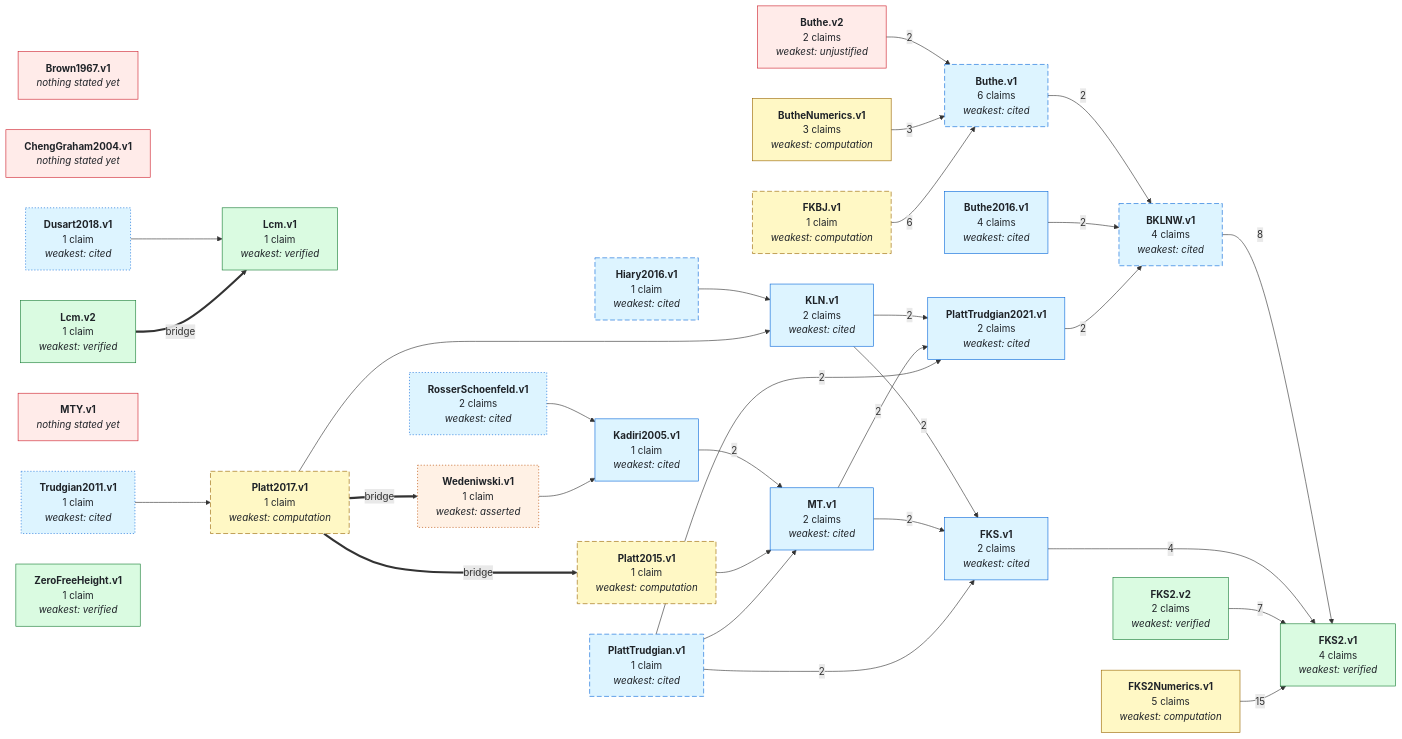
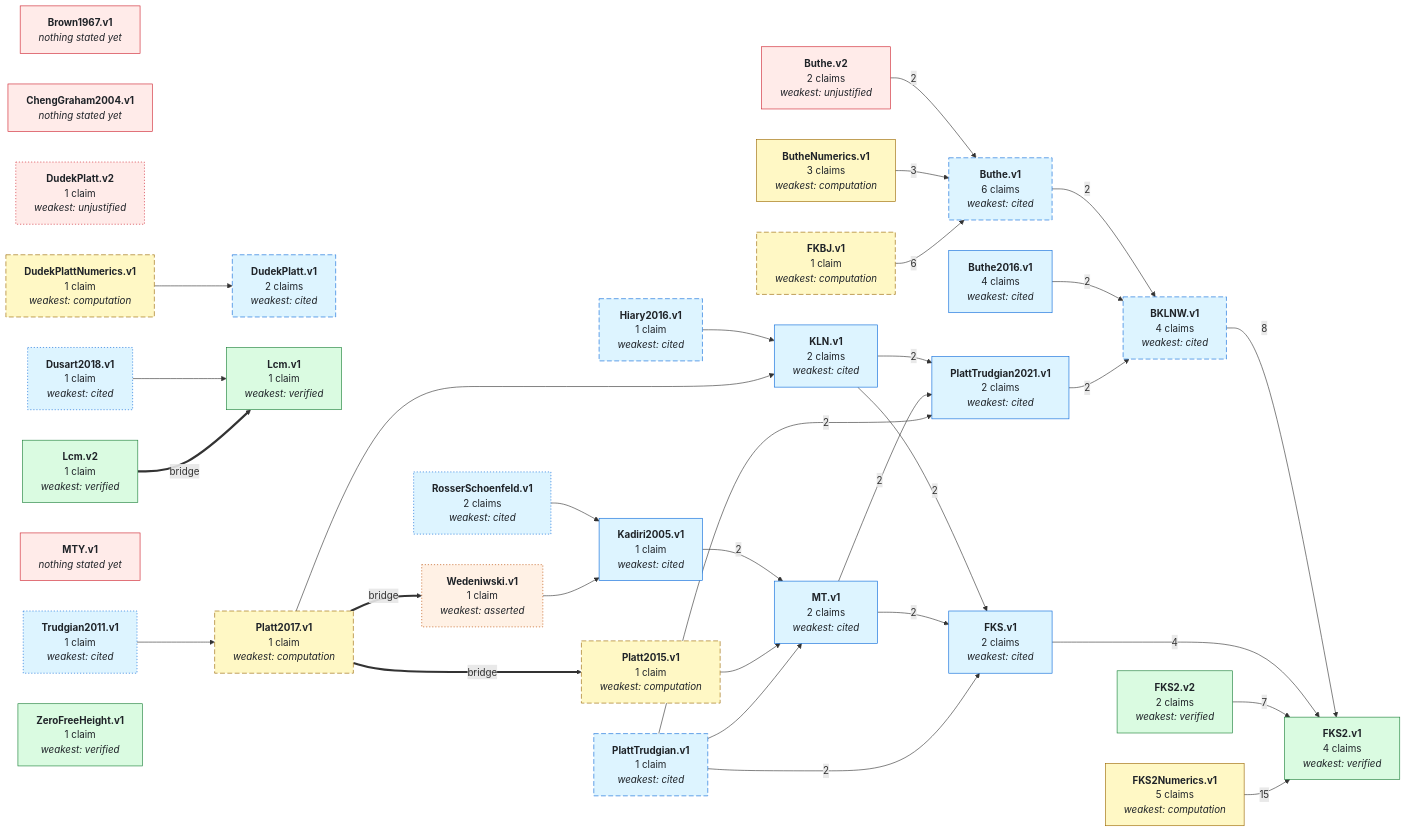
One commit to teorth/IEANTN changed the first of 2 diagrams in GRAPH.md. Above: the diagram before and after it, drawn with Mermaid. The commit also changed other lines of this file and 16 other files, not shown here.

First line of the commit message:
Dudek-Platt: three nodes for Ramanujan's inequality, with the numerics split out

```diff
--- a/GRAPH.md
+++ b/GRAPH.md
@@ -59,6 +59,9 @@
   NButhe2016_v1["<b>Buthe2016.v1</b><br/>4 claims<br/><i>weakest: cited</i>"]
   NButheNumerics_v1["<b>ButheNumerics.v1</b><br/>3 claims<br/><i>weakest: computation</i>"]
   NChengGraham2004_v1["<b>ChengGraham2004.v1</b><br/><i>nothing stated yet</i>"]
+  NDudekPlatt_v1["<b>DudekPlatt.v1</b><br/>2 claims<br/><i>weakest: cited</i>"]
+  NDudekPlatt_v2["<b>DudekPlatt.v2</b><br/>1 claim<br/><i>weakest: unjustified</i>"]
+  NDudekPlattNumerics_v1["<b>DudekPlattNumerics.v1</b><br/>1 claim<br/><i>weakest: computation</i>"]
   NDusart2018_v1["<b>Dusart2018.v1</b><br/>1 claim<br/><i>weakest: cited</i>"]
   NFKBJ_v1["<b>FKBJ.v1</b><br/>1 claim<br/><i>weakest: computation</i>"]
   NFKS_v1["<b>FKS.v1</b><br/>2 claims<br/><i>weakest: cited</i>"]
@@ -85,6 +88,7 @@
   NButhe_v2 -->|2| NButhe_v1
   NButhe2016_v1 -->|2| NBKLNW_v1
   NButheNumerics_v1 -->|3| NButhe_v1
+  NDudekPlattNumerics_v1 --> NDudekPlatt_v1
   NDusart2018_v1 --> NLcm_v1
   NFKBJ_v1 -->|6| NButhe_v1
   NFKS_v1 -->|4| NFKS2_v1
@@ -110,6 +114,9 @@
   NPlatt2017_v1 ==>|bridge| NWedeniwski_v1
   style NBKLNW_v1 stroke-dasharray: 8 4;
   style NButhe_v1 stroke-dasharray: 8 4;
+  style NDudekPlatt_v1 stroke-dasharray: 8 4;
+  style NDudekPlatt_v2 stroke-dasharray: 2 3;
+  style NDudekPlattNumerics_v1 stroke-dasharray: 8 4;
   style NDusart2018_v1 stroke-dasharray: 2 3;
   style NFKBJ_v1 stroke-dasharray: 8 4;
   style NHiary2016_v1 stroke-dasharray: 8 4;
@@ -119,16 +126,19 @@
   style NRosserSchoenfeld_v1 stroke-dasharray: 2 3;
   style NTrudgian2011_v1 stroke-dasharray: 2 3;
   style NWedeniwski_v1 stroke-dasharray: 2 3;
-  class NBrown1967_v1,NButhe_v2,NChengGraham2004_v1,NMTY_v1 none_yet;
+  class NBrown1967_v1,NButhe_v2,NChengGraham2004_v1,NDudekPlatt_v2,NMTY_v1 none_yet;
   class NWedeniwski_v1 asserted;
-  class NBKLNW_v1,NButhe_v1,NButhe2016_v1,NDusart2018_v1,NFKS_v1,NHiary2016_v1,NKLN_v1,NKadiri2005_v1,NMT_v1,NPlattTrudgian_v1,NPlattTrudgian2021_v1,NRosserSchoenfeld_v1,NTrudgian2011_v1 literature;
-  class NButheNumerics_v1,NFKBJ_v1,NFKS2Numerics_v1,NPlatt2015_v1,NPlatt2017_v1 numerical;
+  class NBKLNW_v1,NButhe_v1,NButhe2016_v1,NDudekPlatt_v1,NDusart2018_v1,NFKS_v1,NHiary2016_v1,NKLN_v1,NKadiri2005_v1,NMT_v1,NPlattTrudgian_v1,NPlattTrudgian2021_v1,NRosserSchoenfeld_v1,NTrudgian2011_v1 literature;
+  class NButheNumerics_v1,NDudekPlattNumerics_v1,NFKBJ_v1,NFKS2Numerics_v1,NPlatt2015_v1,NPlatt2017_v1 numerical;
   class NFKS2_v1,NFKS2_v2,NLcm_v1,NLcm_v2,NZeroFreeHeight_v1 lean_comparator;
   click NBKLNW_v1 href "https://github.com/teorth/IEANTN/blob/main/docs/nodes/BKLNW-v1.md" _blank
   click NButhe_v1 href "https://github.com/teorth/IEANTN/blob/main/docs/nodes/Buthe-v1.md" _blank
   click NButhe_v2 href "https://github.com/teorth/IEANTN/blob/main/docs/nodes/Buthe-v2.md" _blank
   click NButhe2016_v1 href "https://github.com/teorth/IEANTN/blob/main/docs/nodes/Buthe2016-v1.md" _blank
   click NButheNumerics_v1 href "https://github.com/teorth/IEANTN/blob/main/docs/nodes/ButheNumerics-v1.md" _blank
+  click NDudekPlatt_v1 href "https://github.com/teorth/IEANTN/blob/main/docs/nodes/DudekPlatt-v1.md" _blank
+  click NDudekPlatt_v2 href "https://github.com/teorth/IEANTN/blob/main/docs/nodes/DudekPlatt-v2.md" _blank
+  click NDudekPlattNumerics_v1 href "https://github.com/teorth/IEANTN/blob/main/docs/nodes/DudekPlattNumerics-v1.md" _blank
   click NDusart2018_v1 href "https://github.com/teorth/IEANTN/blob/main/docs/nodes/Dusart2018-v1.md" _blank
   click NFKBJ_v1 href "https://github.com/teorth/IEANTN/blob/main/docs/nodes/FKBJ-v1.md" _blank
   click NFKS_v1 href "https://github.com/teorth/IEANTN/blob/main/docs/nodes/FKS-v1.md" _blank
```
